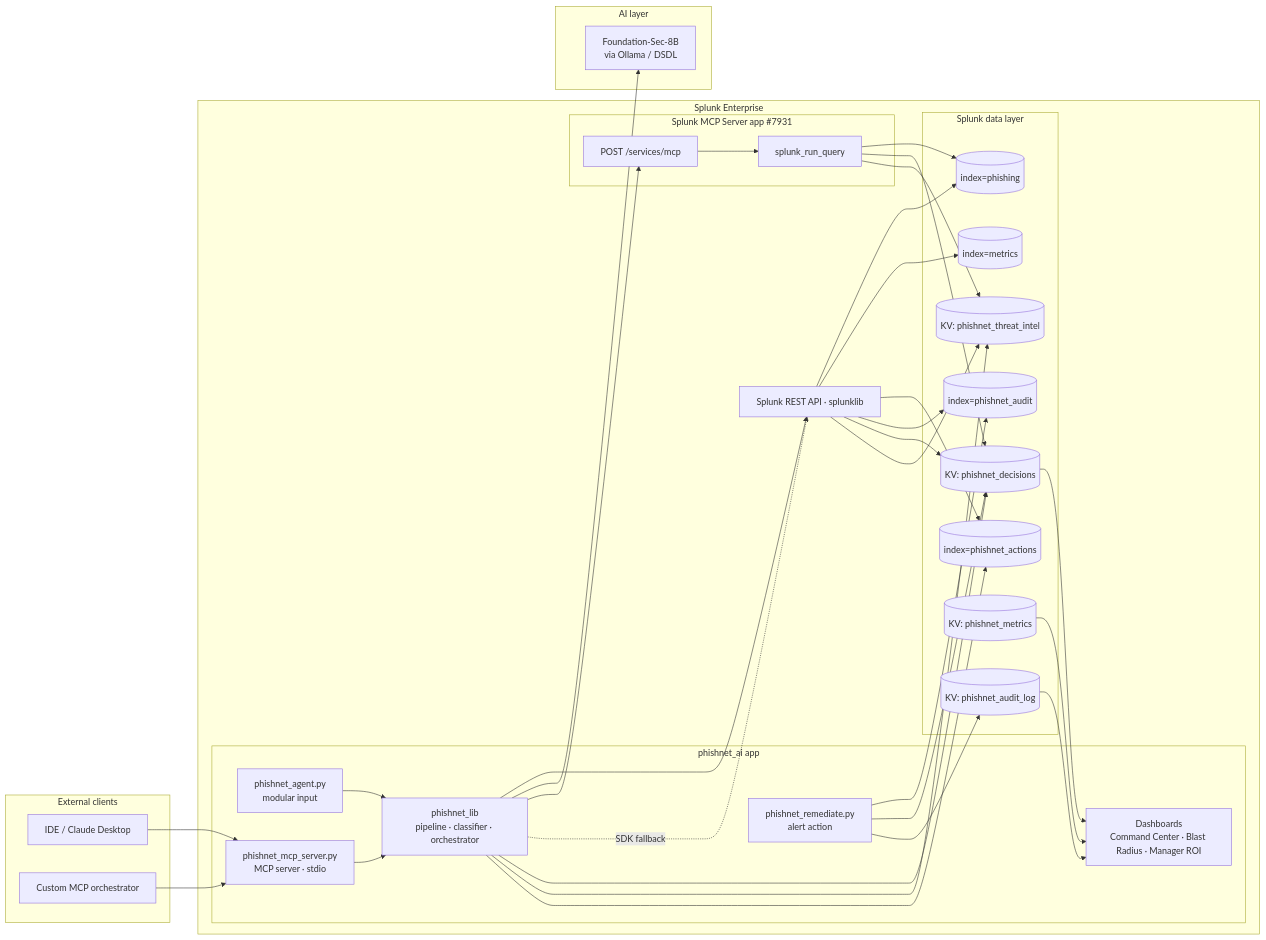
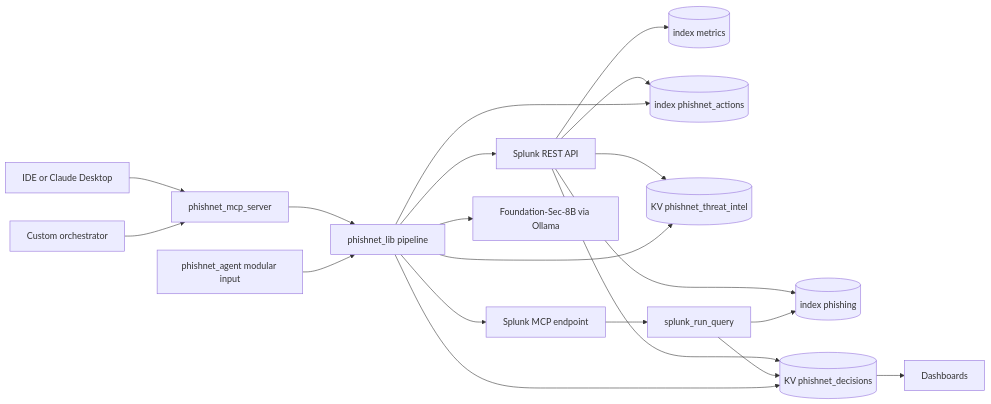
One commit to VineetLoyer/phishnet changed the first of 2 diagrams in architecture_diagram.md. Above: the diagram before and after it, drawn with Mermaid. The commit also changed other lines of this file and 1 other file, not shown here.

Commit message:
bug fix:architecture diagram

````diff
--- a/architecture_diagram.md
+++ b/architecture_diagram.md
@@ -14,54 +14,38 @@
 ```mermaid
 flowchart LR
-    subgraph External["External clients"]
-        IDE["IDE / Claude Desktop"]
-        ORCH["Custom MCP orchestrator"]
-    end
-
-    subgraph Splunk["Splunk Enterprise"]
-        subgraph App["phishnet_ai app"]
-            MI["phishnet_agent.py<br/>modular input"]
-            AA["phishnet_remediate.py<br/>alert action"]
-            MCP_S["phishnet_mcp_server.py<br/>MCP server · stdio"]
-            LIB["phishnet_lib<br/>pipeline · classifier · orchestrator"]
-            UI["Dashboards<br/>Command Center · Blast Radius · Manager ROI"]
-        end
-
-        subgraph Data["Splunk data layer"]
-            I1[("index=phishing")]
-            I2[("index=metrics")]
-            I3[("index=phishnet_actions")]
-            I4[("index=phishnet_audit")]
-            KV1[("KV: phishnet_decisions")]
-            KV2[("KV: phishnet_threat_intel")]
-            KV3[("KV: phishnet_metrics")]
-            KV4[("KV: phishnet_audit_log")]
-        end
-
-        subgraph OfficialMCP["Splunk MCP Server app #7931"]
-            EP["POST /services/mcp"]
-            TQ["splunk_run_query"]
-        end
-
-        REST["Splunk REST API · splunklib"]
-    end
-
-    subgraph AI["AI layer"]
-        FS["Foundation-Sec-8B<br/>via Ollama / DSDL"]
-    end
+    IDE[IDE or Claude Desktop]
+    ORCH[Custom orchestrator]
+    MI[phishnet_agent modular input]
+    MCP_S[phishnet_mcp_server]
+    LIB[phishnet_lib pipeline]
+    UI[Dashboards]
+    I1[(index phishing)]
+    I2[(index metrics)]
+    I3[(index phishnet_actions)]
+    KV1[(KV phishnet_decisions)]
+    KV2[(KV phishnet_threat_intel)]
+    REST[Splunk REST API]
+    EP[Splunk MCP endpoint]
+    TQ[splunk_run_query]
+    FS[Foundation-Sec-8B via Ollama]
 
     IDE --> MCP_S
     ORCH --> MCP_S
     MCP_S --> LIB
     MI --> LIB
     LIB --> REST
-    REST --> I1 & I2 & I3 & I4 & KV1 & KV2
+    REST --> I1
+    REST --> I2
+    REST --> I3
+    REST --> KV1
+    REST --> KV2
     LIB --> FS
     LIB --> EP
     EP --> TQ
-    TQ --> I1 & KV1 & KV2
-    LIB -. SDK fallback .-> REST
-    LIB --> KV1 & KV2 & I3
-    AA --> I4 & KV1 & KV4
-    KV1 & KV3 & KV4 --> UI
+    TQ --> I1
+    TQ --> KV1
+    LIB --> KV1
+    LIB --> KV2
+    LIB --> I3
+    KV1 --> UI
 ```
````
